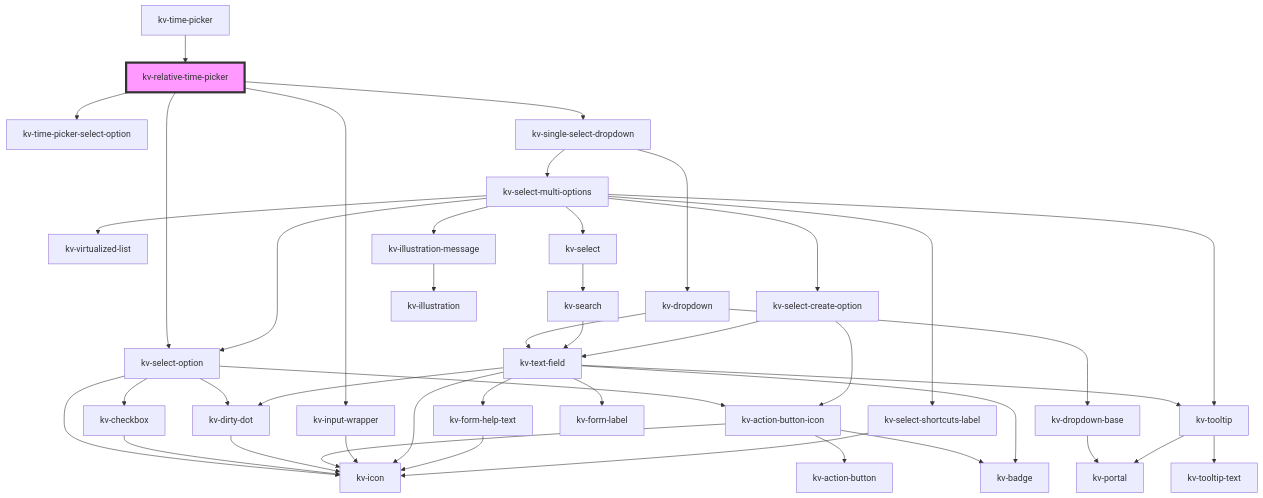
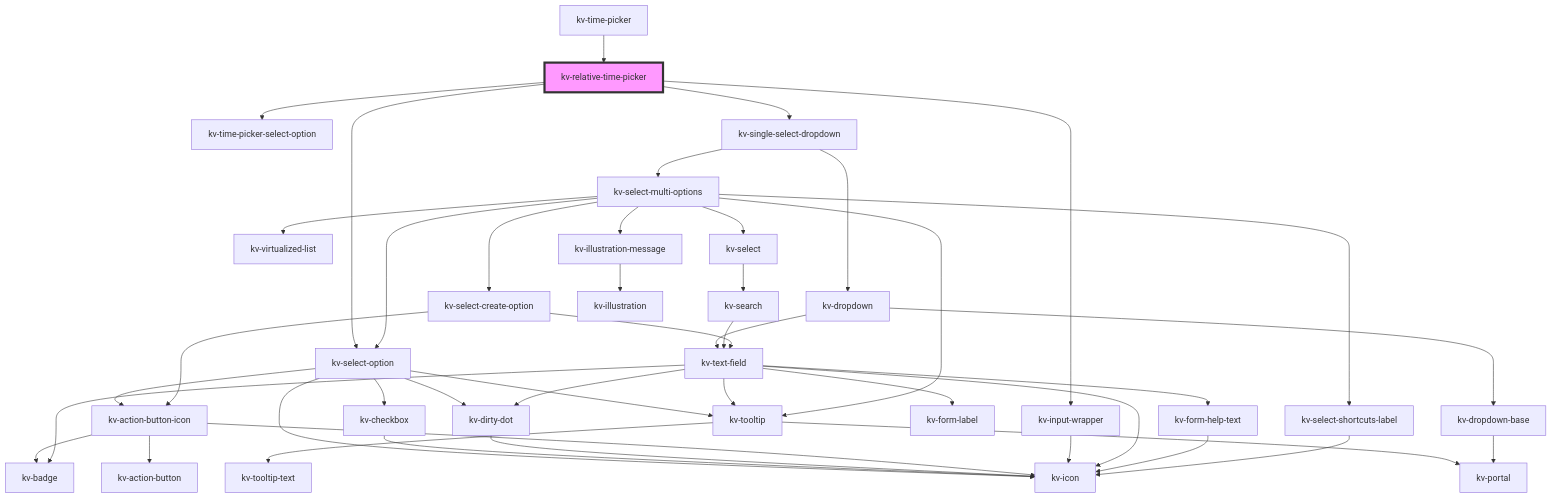
Before and after one commit to kelvininc/ui-components: the diagram in packages/ui-components/src/components/relative-time-picker/readme.md, drawn with Mermaid. The commit also changed other lines of this file and 49 other files, not shown here.

````diff
--- a/packages/ui-components/src/components/relative-time-picker/readme.md
+++ b/packages/ui-components/src/components/relative-time-picker/readme.md
@@ -80,46 +80,47 @@
 ```mermaid
 graph TD;
   kv-relative-time-picker --> kv-time-picker-select-option
   kv-relative-time-picker --> kv-select-option
   kv-relative-time-picker --> kv-input-wrapper
   kv-relative-time-picker --> kv-single-select-dropdown
   kv-select-option --> kv-checkbox
+  kv-select-option --> kv-tooltip
   kv-select-option --> kv-icon
   kv-select-option --> kv-dirty-dot
   kv-select-option --> kv-action-button-icon
   kv-checkbox --> kv-icon
+  kv-tooltip --> kv-portal
+  kv-tooltip --> kv-tooltip-text
   kv-dirty-dot --> kv-icon
   kv-action-button-icon --> kv-action-button
   kv-action-button-icon --> kv-icon
   kv-action-button-icon --> kv-badge
   kv-input-wrapper --> kv-icon
   kv-single-select-dropdown --> kv-dropdown
   kv-single-select-dropdown --> kv-select-multi-options
   kv-dropdown --> kv-dropdown-base
   kv-dropdown --> kv-text-field
   kv-dropdown-base --> kv-portal
   kv-text-field --> kv-tooltip
   kv-text-field --> kv-form-label
   kv-text-field --> kv-icon
   kv-text-field --> kv-dirty-dot
   kv-text-field --> kv-badge
   kv-text-field --> kv-form-help-text
-  kv-tooltip --> kv-portal
-  kv-tooltip --> kv-tooltip-text
   kv-form-help-text --> kv-icon
   kv-select-multi-options --> kv-virtualized-list
   kv-select-multi-options --> kv-select-option
   kv-select-multi-options --> kv-select
   kv-select-multi-options --> kv-tooltip
   kv-select-multi-options --> kv-illustration-message
   kv-select-multi-options --> kv-select-create-option
   kv-select-multi-options --> kv-select-shortcuts-label
   kv-select --> kv-search
   kv-search --> kv-text-field
   kv-illustration-message --> kv-illustration
   kv-select-create-option --> kv-text-field
   kv-select-create-option --> kv-action-button-icon
   kv-select-shortcuts-label --> kv-icon
   kv-time-picker --> kv-relative-time-picker
   style kv-relative-time-picker fill:#f9f,stroke:#333,stroke-width:4px
 ```
````
